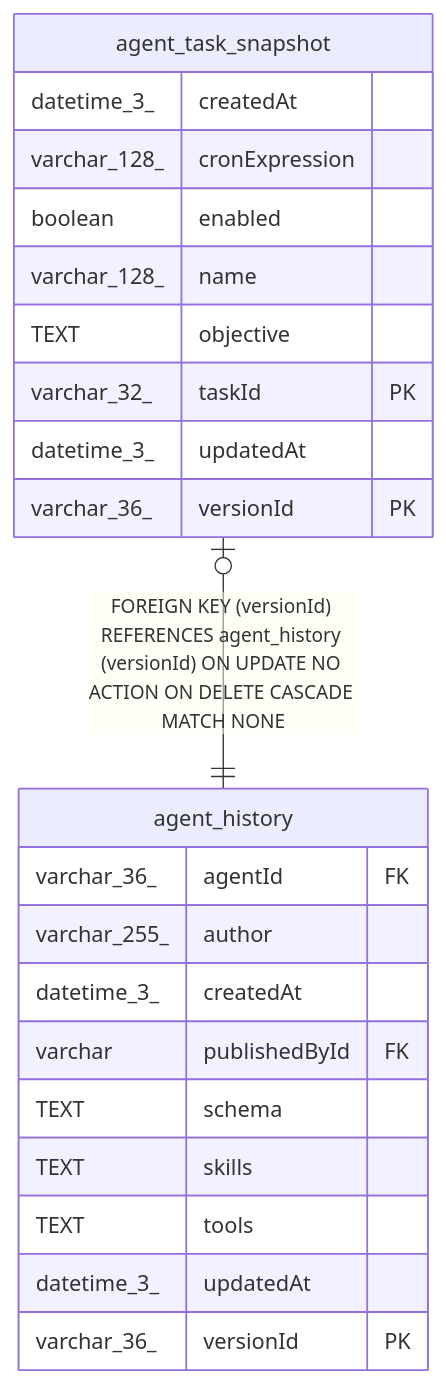
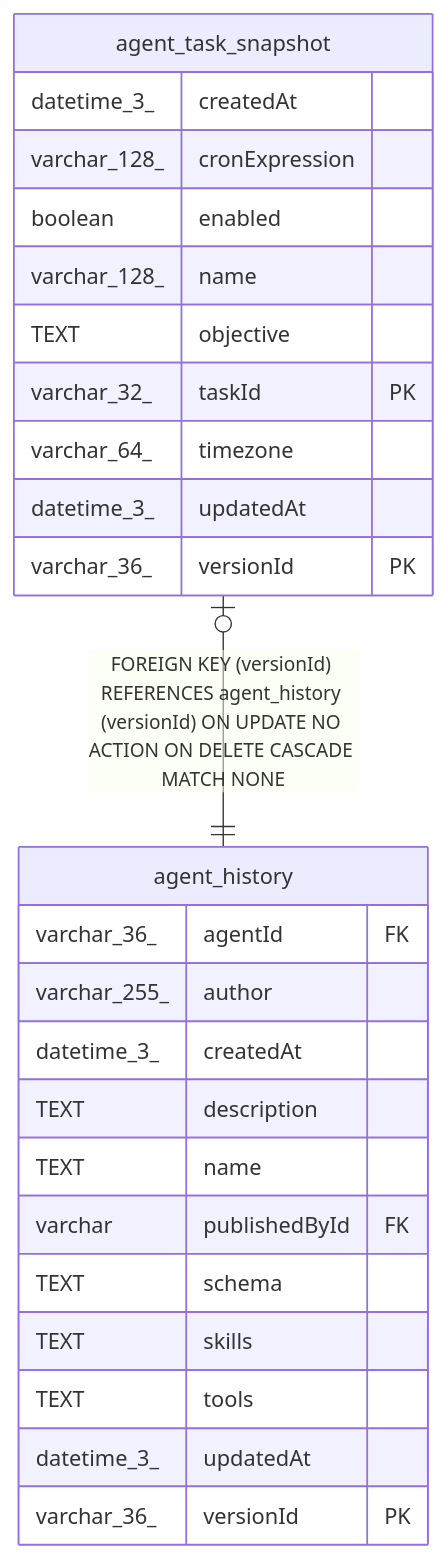
The diagram in n8n_integration/n8n_source/docs/generated/sqlite-schema/agent_task_snapshot.md (koreatest12/studys), drawn with Mermaid before and after one commit. The commit also changed other lines of this file and 23019 other files, not shown here.

````diff
--- a/n8n_integration/n8n_source/docs/generated/sqlite-schema/agent_task_snapshot.md
+++ b/n8n_integration/n8n_source/docs/generated/sqlite-schema/agent_task_snapshot.md
@@ -44,27 +45,30 @@
 ```mermaid
 erDiagram
 
 "agent_task_snapshot" |o--|| "agent_history" : "FOREIGN KEY (versionId) REFERENCES agent_history (versionId) ON UPDATE NO ACTION ON DELETE CASCADE MATCH NONE"
 
 "agent_task_snapshot" {
   datetime_3_ createdAt
   varchar_128_ cronExpression
   boolean enabled
   varchar_128_ name
   TEXT objective
   varchar_32_ taskId PK
+  varchar_64_ timezone
   datetime_3_ updatedAt
   varchar_36_ versionId PK
 }
 "agent_history" {
   varchar_36_ agentId FK
   varchar_255_ author
   datetime_3_ createdAt
+  TEXT description
+  TEXT name
   varchar publishedById FK
   TEXT schema
   TEXT skills
   TEXT tools
   datetime_3_ updatedAt
   varchar_36_ versionId PK
 }
 ```
````
